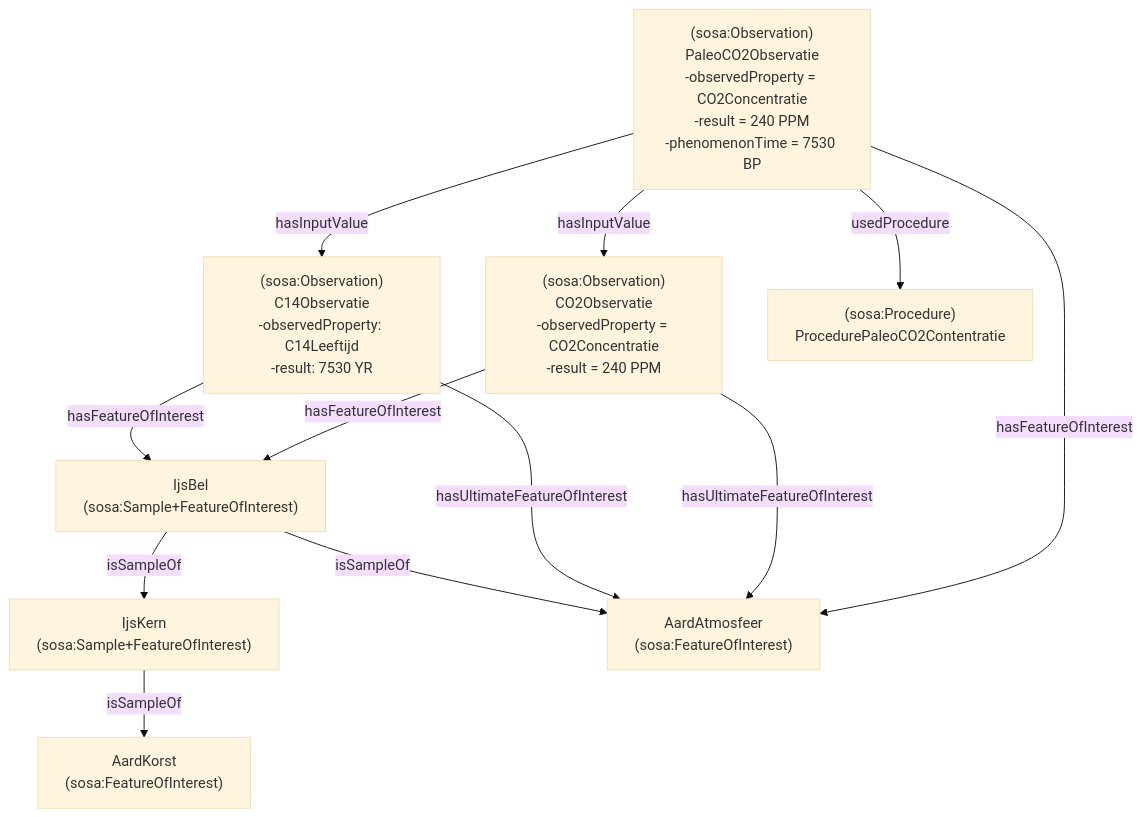
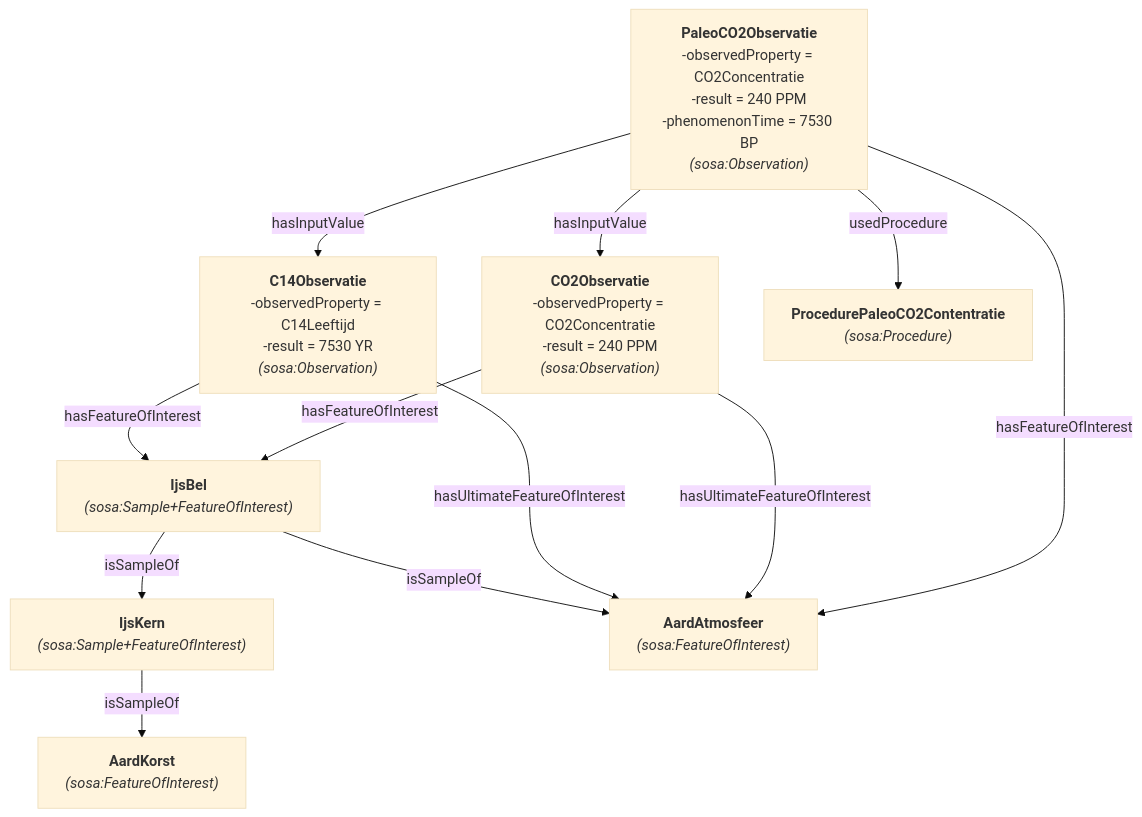
Before and after one commit to Informatievlaanderen/OSLOthema-SSNSOSA-VL: the first of 2 diagrams in resources/paleo/README.md, drawn with Mermaid (base theme). The commit also changed other lines of this file, not shown here.

Commit message:
doc paleo atmosfeer

````diff
--- a/resources/paleo/README.md
+++ b/resources/paleo/README.md
@@ -8,54 +8,52 @@
 ```mermaid
 %%flowchart TD
 graph TD
 
 %% Features of Interest & Samples
-A["`AardKorst
-(sosa:FeatureOfInterest)`"]
-B["`IjsKern
-(sosa:Sample+FeatureOfInterest)`"]
-C["`IjsBel
-(sosa:Sample+FeatureOfInterest)`"]
-D["`AardAtmosfeer
-(sosa:FeatureOfInterest)`"]
+A["`**AardKorst**
+*(sosa:FeatureOfInterest)*`"]
+B["`**IjsKern**
+*(sosa:Sample+FeatureOfInterest)*`"]
+C["`**IjsBel**
+*(sosa:Sample+FeatureOfInterest)*`"]
+D["`**AardAtmosfeer**
+*(sosa:FeatureOfInterest)*`"]
 
 B -->|isSampleOf| A
 C -->|isSampleOf| B
 C -->|isSampleOf| D
 
 %% Original Observations
-O1["`(sosa:Observation)
-C14Observatie
--observedProperty: C14Leeftijd
--result: 7530 YR   
-  
-   `"]
-O2["`(sosa:Observation)
-CO2Observatie
+O1["`**C14Observatie**
+-observedProperty = C14Leeftijd
+-result = 7530 YR
+*(sosa:Observation)*`"]
+O2["`**CO2Observatie**
 -observedProperty = CO2Concentratie
--result = 240 PPM`"]
+-result = 240 PPM
+*(sosa:Observation)*`"]
 
 O1 -->|hasFeatureOfInterest| C
 O2 -->|hasFeatureOfInterest| C
 O1 -->|hasUltimateFeatureOfInterest| D
 O2 -->|hasUltimateFeatureOfInterest| D
 
 %% Derived Paleo Observation
-P["`(sosa:Observation)
-PaleoCO2Observatie
+P["`**PaleoCO2Observatie**
 -observedProperty = CO2Concentratie
 -result = 240 PPM
--phenomenonTime = 7530 BP`"]
+-phenomenonTime = 7530 BP
+*(sosa:Observation)*`"]
 
 P -->|hasFeatureOfInterest| D
 
 %% Input relations
 P -->|hasInputValue| O1
 P -->|hasInputValue| O2
 
 %% Procedure
-PR["`(sosa:Procedure)
-ProcedurePaleoCO2Contentratie`"]
+PR["`**ProcedurePaleoCO2Contentratie**
+*(sosa:Procedure)*`"]
 
 P -->|usedProcedure| PR
 ```
````
